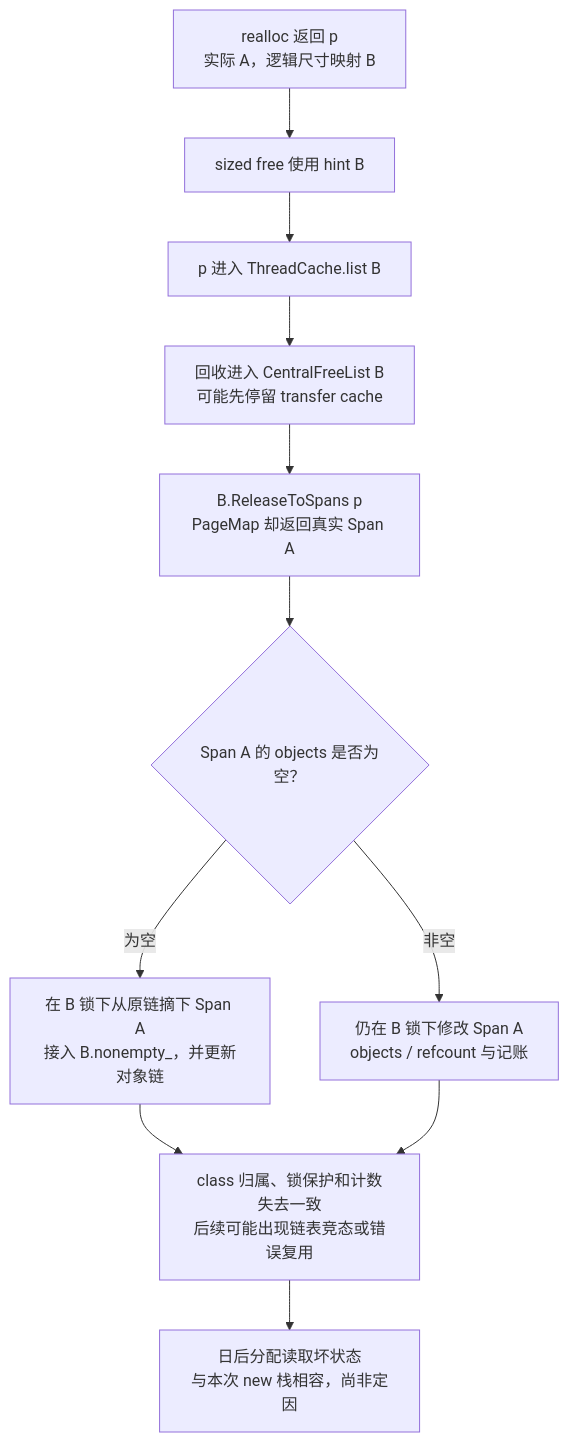
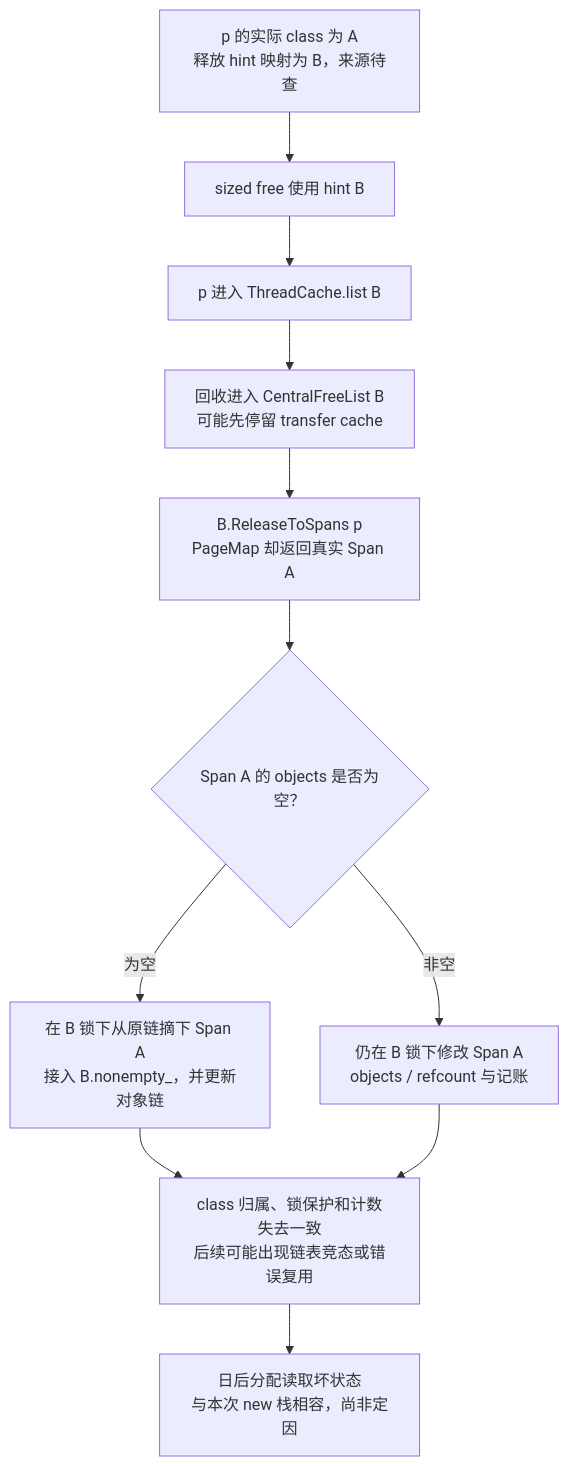
The second of 2 diagrams in docs/document/秘藏龛/2026-10-22_dr_perception_sized-free错配排查记录.md (Franch-Toast/Scriptorium), drawn with Mermaid before and after one commit. The commit also changed other lines of this file and 2 other files, not shown here.

````diff
--- a/docs/document/秘藏龛/2026-10-22_dr_perception_sized-free错配排查记录.md
+++ b/docs/document/秘藏龛/2026-10-22_dr_perception_sized-free错配排查记录.md
@@ -148,13 +150,13 @@
 ```mermaid
 flowchart TD
-    R["realloc 返回 p<br/>实际 A，逻辑尺寸映射 B"] --> S["sized free 使用 hint B"]
+    R["p 的实际 class 为 A<br/>释放 hint 映射为 B，来源待查"] --> S["sized free 使用 hint B"]
     S --> T["p 进入 ThreadCache.list B"]
     T --> U["回收进入 CentralFreeList B<br/>可能先停留 transfer cache"]
     U --> V["B.ReleaseToSpans p<br/>PageMap 却返回真实 Span A"]
     V --> W{"Span A 的 objects 是否为空？"}
     W -->|"为空"| X["在 B 锁下从原链摘下 Span A<br/>接入 B.nonempty_，并更新对象链"]
     W -->|"非空"| Y["仍在 B 锁下修改 Span A<br/>objects / refcount 与记账"]
     X --> Z["class 归属、锁保护和计数失去一致<br/>后续可能出现链表竞态或错误复用"]
     Y --> Z
     Z --> N["日后分配读取坏状态<br/>与本次 new 栈相容，尚非定因"]
 ```
````
